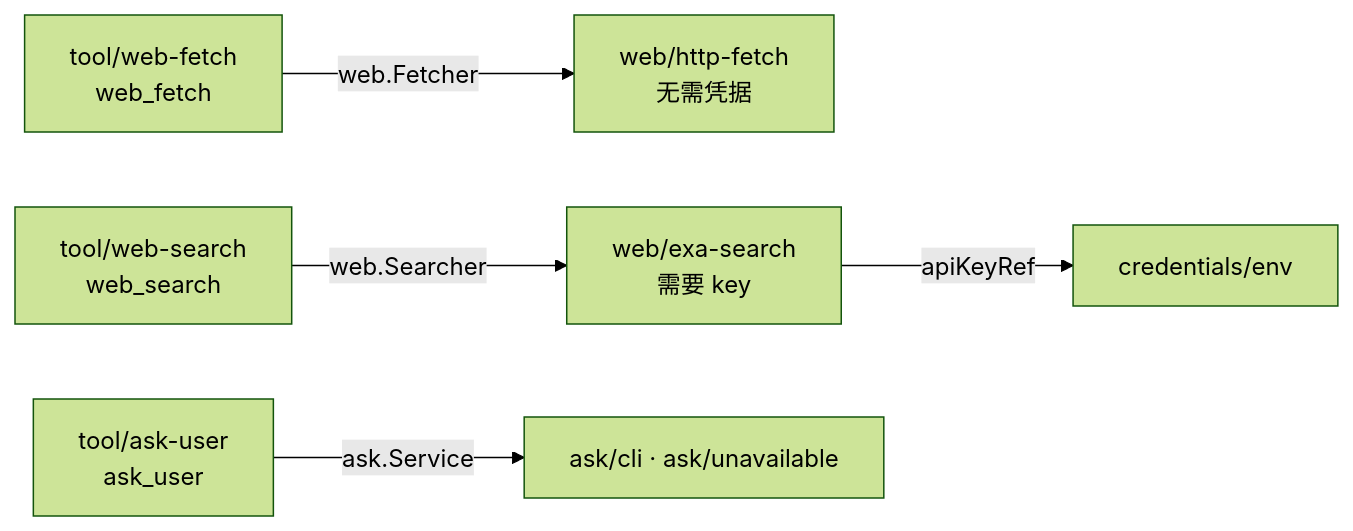
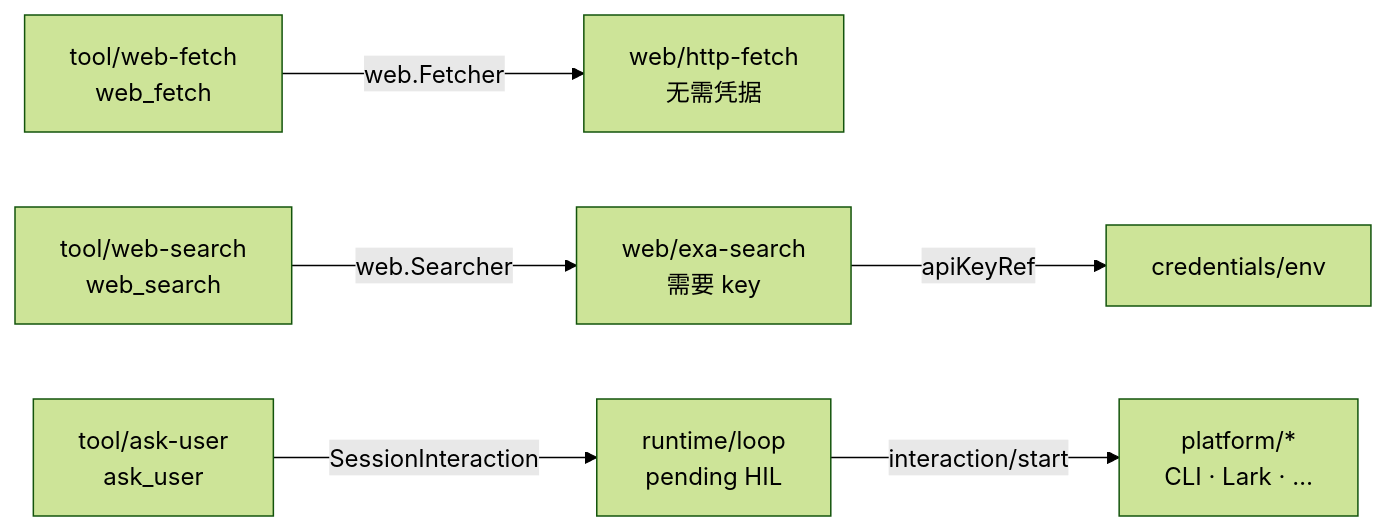
One commit to lengzhao/agentkit changed the diagram in docs/web.zh.md. Above: the diagram before and after it, drawn with Mermaid (forest theme). The commit also changed other lines of this file and 53 other files, not shown here.

Commit message:
将 ask_user 收敛为 Loop HIL 控制流：pending 由 SessionControl 管理，Platform 只负责渲染与回传；移除 ask/* 插件与 cap/ask，CLI stdin 协调内聚到 platform/cli，并同步更新 preset 与文档。

````diff
--- a/docs/web.zh.md
+++ b/docs/web.zh.md
@@ -18,7 +18,8 @@
 ```mermaid
 flowchart LR
   TF["tool/web-fetch<br/>web_fetch"] -->|"web.Fetcher"| HF["web/http-fetch<br/>无需凭据"]
   TS["tool/web-search<br/>web_search"] -->|"web.Searcher"| EX["web/exa-search<br/>需要 key"]
-  TA["tool/ask-user<br/>ask_user"] -->|"ask.Service"| CLI["ask/cli · ask/unavailable"]
+  TA["tool/ask-user<br/>ask_user"] -->|"SessionInteraction"| Loop["runtime/loop<br/>pending HIL"]
+  Loop -->|"interaction/start"| Platform["platform/*<br/>CLI · Lark · …"]
   EX -->|"apiKeyRef"| CR["credentials/env"]
 ```
````
